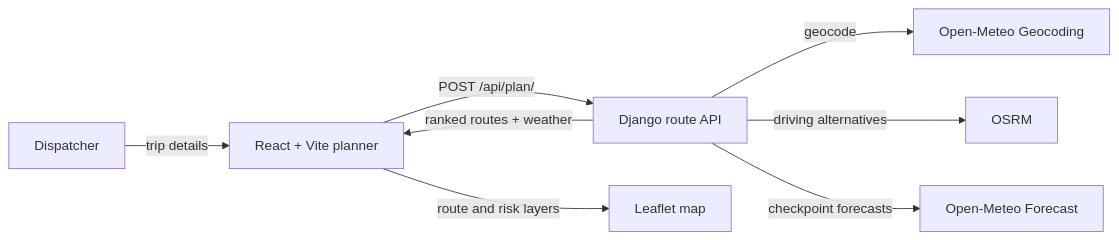
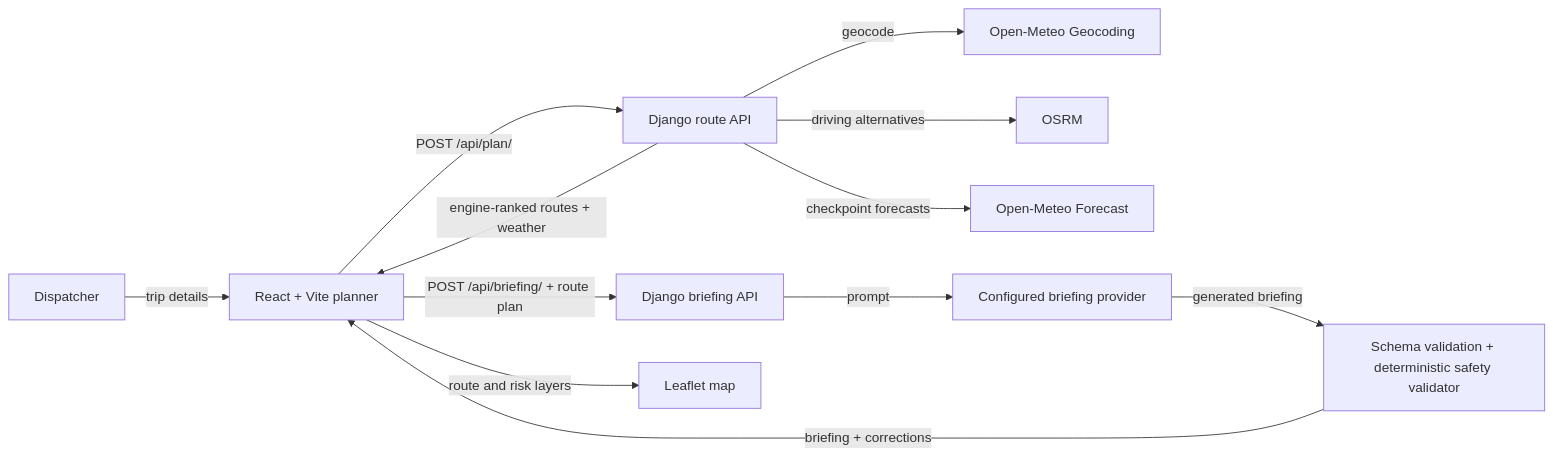
The diagram in README.md (RONIN447/northline_dispatch_ops), drawn with Mermaid before and after one commit. The commit also changed other lines of this file and 1 other file, not shown here.

````diff
--- a/README.md
+++ b/README.md
@@ -63,10 +64,14 @@
 ```mermaid
 flowchart LR
     Dispatcher[Dispatcher] -->|trip details| Web[React + Vite planner]
     Web -->|POST /api/plan/| API[Django route API]
     API -->|geocode| Geo[Open-Meteo Geocoding]
     API -->|driving alternatives| OSRM[OSRM]
     API -->|checkpoint forecasts| Weather[Open-Meteo Forecast]
-    API -->|ranked routes + weather| Web
+    API -->|engine-ranked routes + weather| Web
+    Web -->|POST /api/briefing/ + route plan| Briefing[Django briefing API]
+    Briefing -->|prompt| Provider[Configured briefing provider]
+    Provider -->|generated briefing| Guard[Schema validation + deterministic safety validator]
+    Guard -->|briefing + corrections| Web
     Web -->|route and risk layers| Map[Leaflet map]
 ```
````
